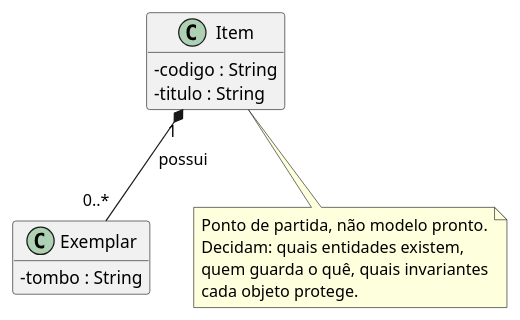
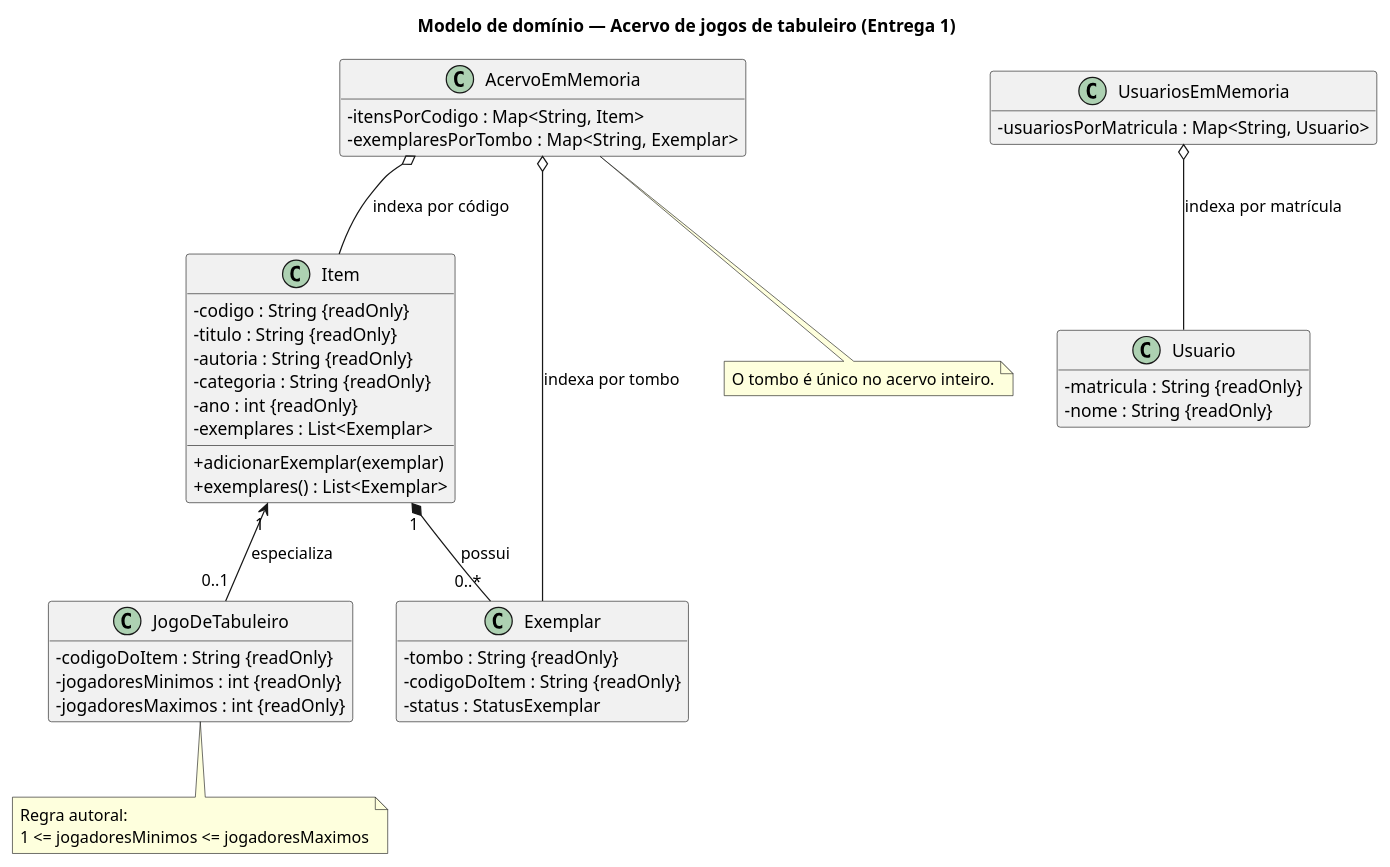
Before and after one commit to poo-dcx-2026-2/Repo-Aquiles-JP: the diagram in docs/modelo.puml, drawn with PlantUML. The commit also changed 13 other files, not shown here.

Commit message:
docs: remover diagrama binário da PR

```diff
--- a/docs/modelo.puml
+++ b/docs/modelo.puml
@@ -1,32 +1,58 @@
 @startuml
-' Modelo de domínio do sistema: Entrega 1.
-'
-' Este arquivo é o ponto de partida. Substitua pelo modelo da sua equipe.
-' O diagrama precisa corresponder ao código entregue.
-'
-' Para gerar a imagem: instale o plugin PlantUML no IntelliJ, ou use
-'   plantuml docs/modelo.puml
-' e versione a imagem gerada ao lado deste arquivo.
+title Modelo de domínio — Acervo de jogos de tabuleiro (Entrega 1)
 
 skinparam classAttributeIconSize 0
 hide empty members
 
 class Item {
-  - codigo : String
-  - titulo : String
+  - codigo : String {readOnly}
+  - titulo : String {readOnly}
+  - autoria : String {readOnly}
+  - categoria : String {readOnly}
+  - ano : int {readOnly}
+  - exemplares : List<Exemplar>
+  + adicionarExemplar(exemplar)
+  + exemplares() : List<Exemplar>
 }
 
 class Exemplar {
-  - tombo : String
+  - tombo : String {readOnly}
+  - codigoDoItem : String {readOnly}
+  - status : StatusExemplar
+}
+
+class Usuario {
+  - matricula : String {readOnly}
+  - nome : String {readOnly}
+}
+
+class JogoDeTabuleiro {
+  - codigoDoItem : String {readOnly}
+  - jogadoresMinimos : int {readOnly}
+  - jogadoresMaximos : int {readOnly}
+}
+
+class AcervoEmMemoria {
+  - itensPorCodigo : Map<String, Item>
+  - exemplaresPorTombo : Map<String, Exemplar>
+}
+
+class UsuariosEmMemoria {
+  - usuariosPorMatricula : Map<String, Usuario>
 }
 
 Item "1" *-- "0..*" Exemplar : possui
+Item "1" <-- "0..1" JogoDeTabuleiro : especializa
+AcervoEmMemoria o-- Item : indexa por código
+AcervoEmMemoria o-- Exemplar : indexa por tombo
+UsuariosEmMemoria o-- Usuario : indexa por matrícula
 
-note bottom of Item
-  Ponto de partida, não modelo pronto.
-  Decidam: quais entidades existem,
-  quem guarda o quê, quais invariantes
-  cada objeto protege.
+note bottom of JogoDeTabuleiro
+Regra autoral:
+1 <= jogadoresMinimos <= jogadoresMaximos
 end note
 
+note bottom of AcervoEmMemoria
+O tombo é único no acervo inteiro.
+end note
 @enduml
```
